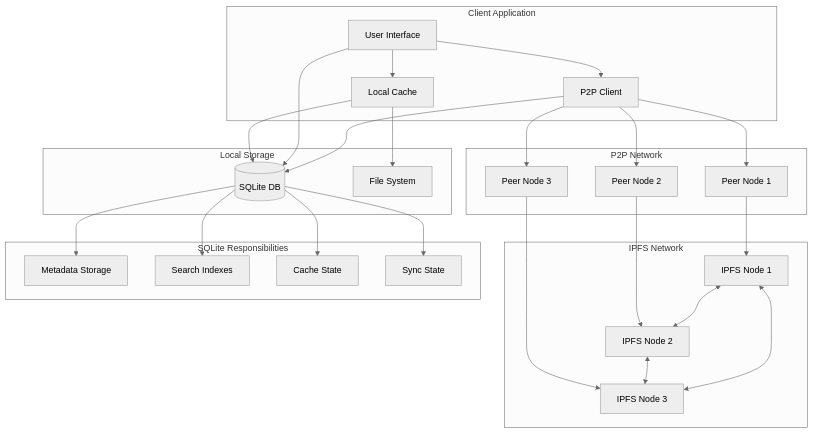
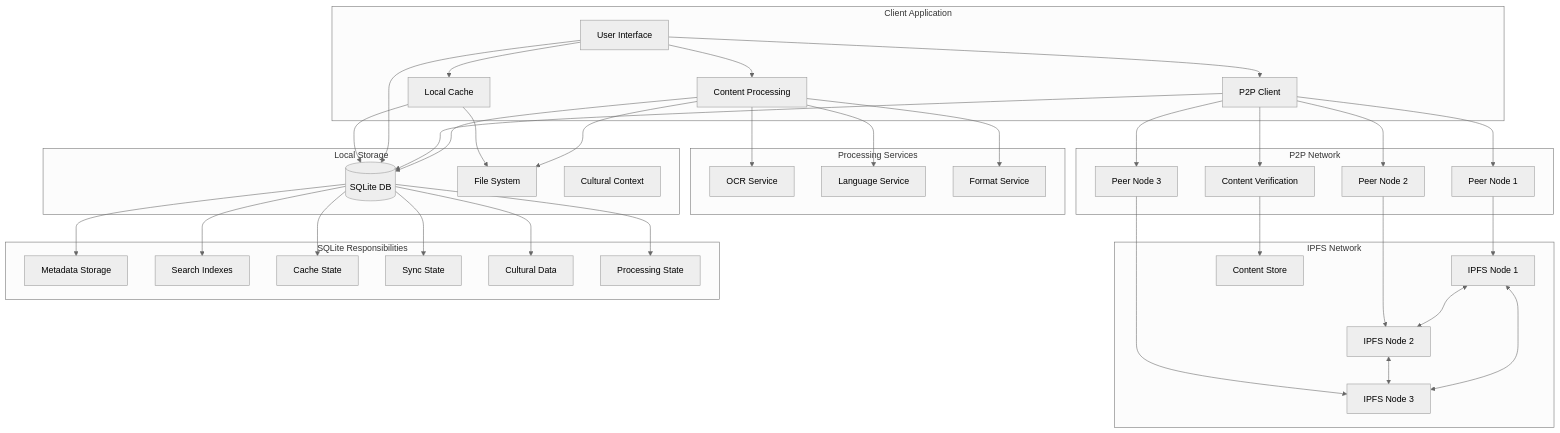
The diagram in Software Engineering/deployment_diagram.md (AlLibrary-Libertarian-knowledge/DocsAndResearch_AlLibrary), drawn with Mermaid (neutral theme) before and after one commit. The commit also changed 12 other files, not shown here.

````diff
--- a/Software Engineering/deployment_diagram.md
+++ b/Software Engineering/deployment_diagram.md
@@ -5,6 +5,7 @@
         UI[User Interface]
         LocalCache[Local Cache]
         P2PClient[P2P Client]
+        Processing[Content Processing]
     end
 
     %% Network Nodes
@@ -12,6 +13,7 @@
         Peer1[Peer Node 1]
         Peer2[Peer Node 2]
         Peer3[Peer Node 3]
+        Verification[Content Verification]
     end
 
     %% IPFS Network
@@ -19,36 +21,54 @@
         IPFSNode1[IPFS Node 1]
         IPFSNode2[IPFS Node 2]
         IPFSNode3[IPFS Node 3]
+        ContentStore[Content Store]
+    end
+
+    %% Processing Services
+    subgraph ProcessingServices[Processing Services]
+        OCR[OCR Service]
+        Language[Language Service]
+        Format[Format Service]
     end
 
     %% Connections
     UI --> LocalCache
     UI --> P2PClient
+    UI --> Processing
     P2PClient --> Peer1
     P2PClient --> Peer2
     P2PClient --> Peer3
+    P2PClient --> Verification
 
     Peer1 --> IPFSNode1
     Peer2 --> IPFSNode2
     Peer3 --> IPFSNode3
+    Verification --> ContentStore
 
     IPFSNode1 <--> IPFSNode2
     IPFSNode2 <--> IPFSNode3
     IPFSNode3 <--> IPFSNode1
 
+    Processing --> OCR
+    Processing --> Language
+    Processing --> Format
+
     %% Storage
     subgraph Storage[Local Storage]
         SQLite[(SQLite DB)]
         FileSystem[File System]
+        ContextStore[Cultural Context]
     end
 
     %% SQLite Connections
     LocalCache --> SQLite
     UI --> SQLite
     P2PClient --> SQLite
+    Processing --> SQLite
 
     %% File System Connections
     LocalCache --> FileSystem
+    Processing --> FileSystem
 
     %% SQLite Responsibilities
     subgraph SQLiteRoles[SQLite Responsibilities]
@@ -56,10 +76,14 @@
         Indexes[Search Indexes]
         CacheState[Cache State]
         SyncState[Sync State]
+        CulturalData[Cultural Data]
+        ProcessingState[Processing State]
     end
 
     SQLite --> Metadata
     SQLite --> Indexes
     SQLite --> CacheState
     SQLite --> SyncState
+    SQLite --> CulturalData
+    SQLite --> ProcessingState
 ```
````
